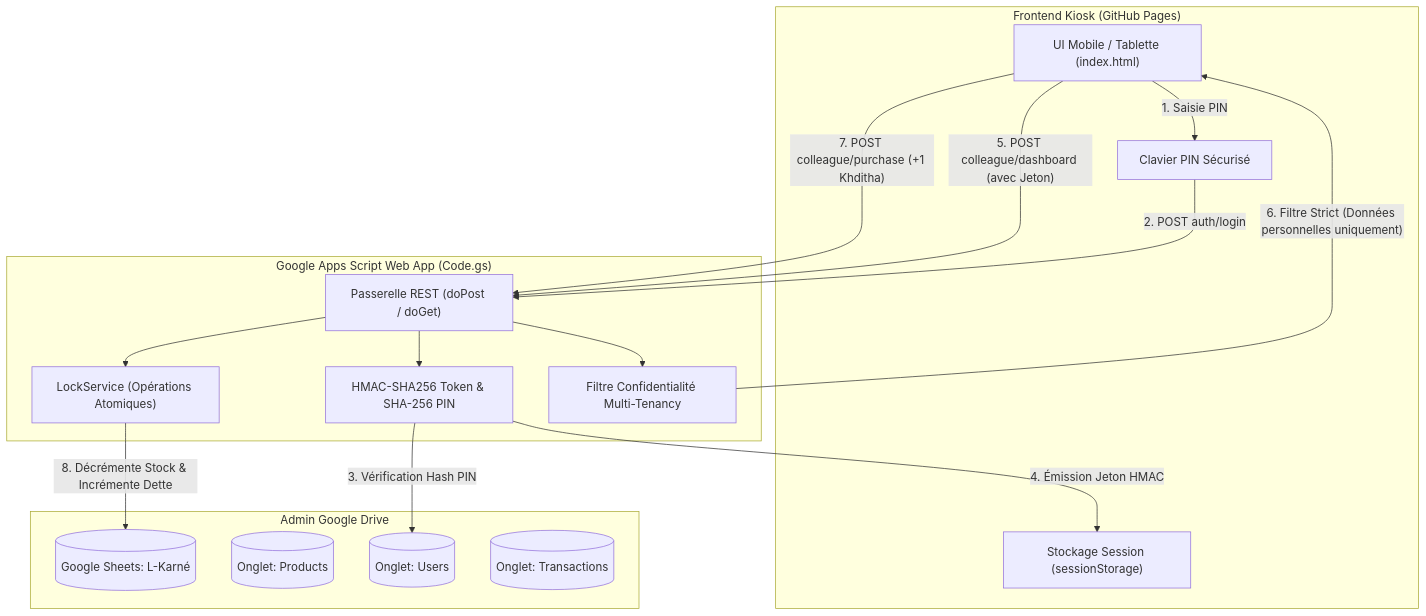
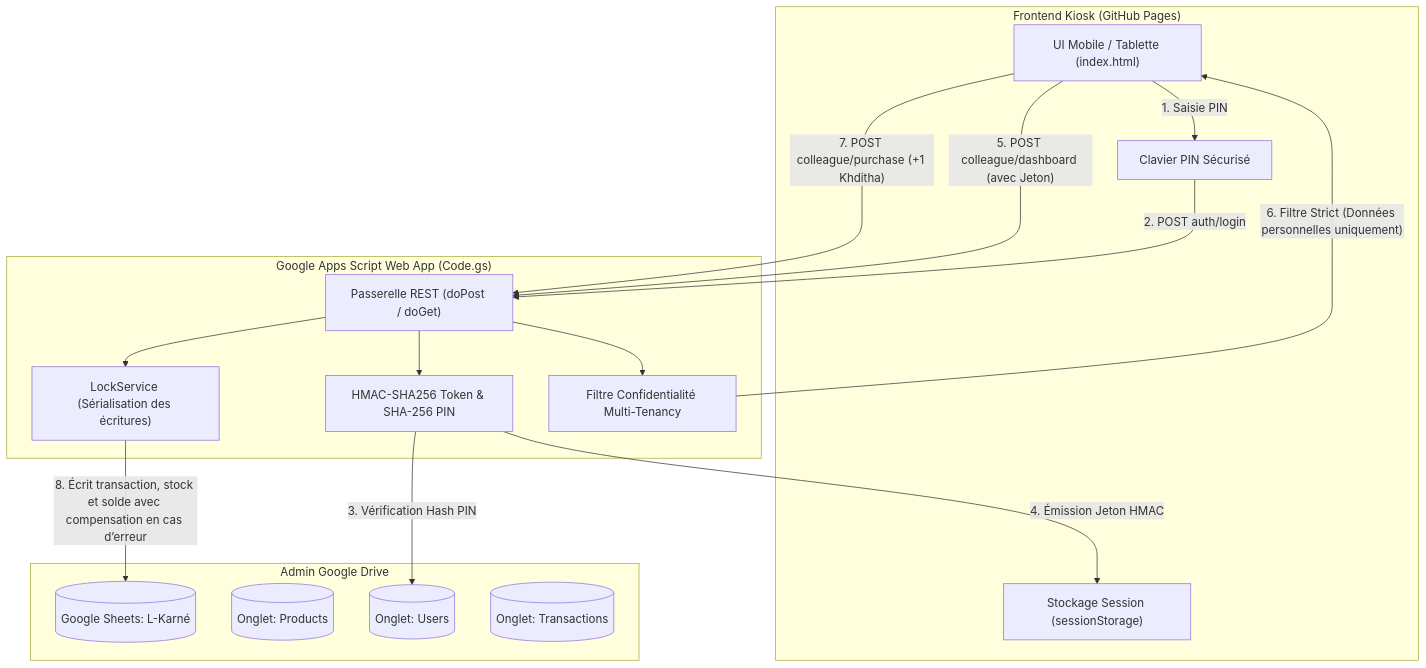
Before and after one commit to SelmaZeghli/l-karne: the diagram in DEPLOYMENT_GUIDE.md, drawn with Mermaid. The commit also changed other lines of this file and 2 other files, not shown here.

````diff
--- a/DEPLOYMENT_GUIDE.md
+++ b/DEPLOYMENT_GUIDE.md
@@ -9,36 +9,36 @@
 ```mermaid
 flowchart TD
     subgraph Client ["Frontend Kiosk (GitHub Pages)"]
         UI["UI Mobile / Tablette (index.html)"]
         PIN["Clavier PIN Sécurisé"]
         TokenStore["Stockage Session (sessionStorage)"]
     end
 
     subgraph GoogleCloud ["Google Apps Script Web App (Code.gs)"]
         Router["Passerelle REST (doPost / doGet)"]
         AuthModule["HMAC-SHA256 Token & SHA-256 PIN"]
-        LockService["LockService (Opérations Atomiques)"]
+        LockService["LockService (Sérialisation des écritures)"]
         Filter["Filtre Confidentialité Multi-Tenancy"]
     end
 
     subgraph Drive ["Admin Google Drive"]
         SS[("Google Sheets: L-Karné")]
         TabProducts[("Onglet: Products")]
         TabUsers[("Onglet: Users")]
         TabTxs[("Onglet: Transactions")]
     end
 
     UI -->|"1. Saisie PIN"| PIN
     PIN -->|"2. POST auth/login"| Router
     Router --> AuthModule
     AuthModule -->|"3. Vérification Hash PIN"| TabUsers
     AuthModule -->|"4. Émission Jeton HMAC"| TokenStore
 
     UI -->|"5. POST colleague/dashboard (avec Jeton)"| Router
     Router --> Filter
     Filter -->|"6. Filtre Strict (Données personnelles uniquement)"| UI
 
     UI -->|"7. POST colleague/purchase (+1 Khditha)"| Router
     Router --> LockService
-    LockService -->|"8. Décrémente Stock & Incrémente Dette"| SS
+    LockService -->|"8. Écrit transaction, stock et solde avec compensation en cas d’erreur"| SS
 ```
````
